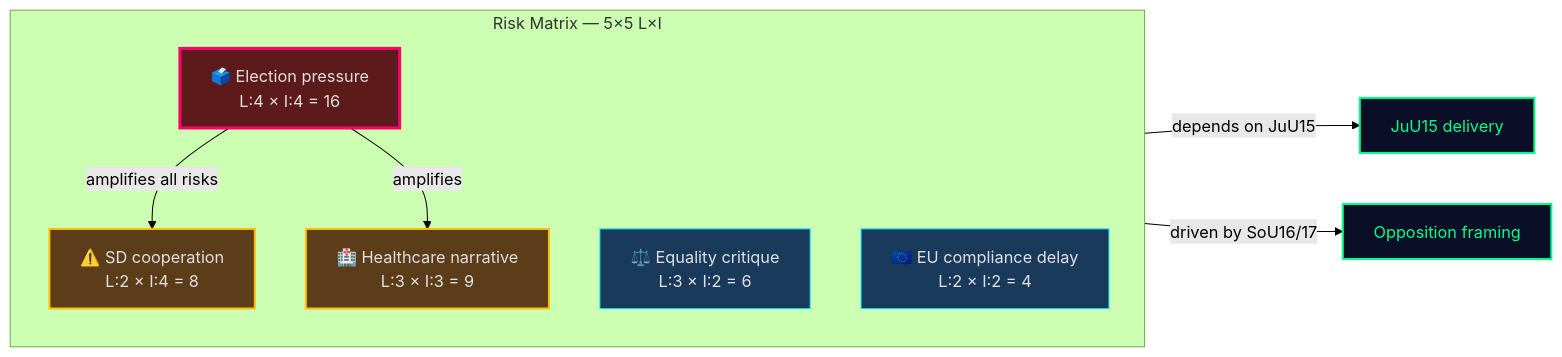
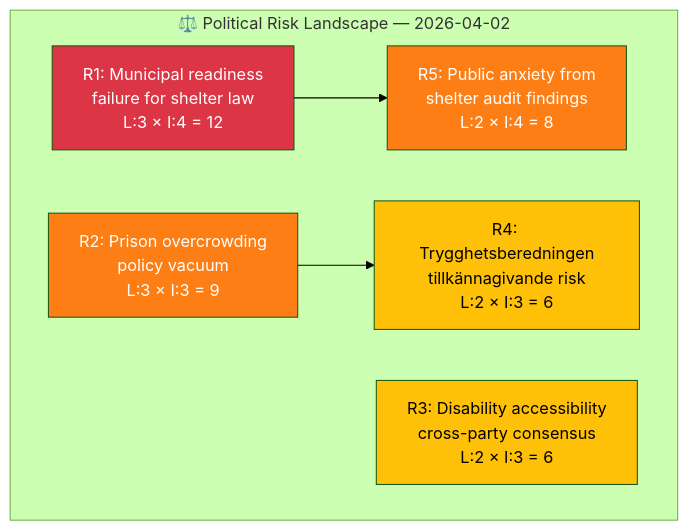
One commit to Hack23/riksdagsmonitor changed the first of 2 diagrams in analysis/daily/2026-04-02/committeeReports/risk-assessment.md. Above: the diagram before and after it, drawn with Mermaid (forest theme). The commit also changed other lines of this file and 14 other files, not shown here.

````diff
--- a/analysis/daily/2026-04-02/committeeReports/risk-assessment.md
+++ b/analysis/daily/2026-04-02/committeeReports/risk-assessment.md
@@ -12,21 +21,19 @@
 ```mermaid
-graph LR
-    subgraph "Risk Matrix — 5×5 L×I"
-        direction TB
-        R1["⚠️ SD cooperation<br/>L:2 × I:4 = 8"]:::moderate
-        R2["🏥 Healthcare narrative<br/>L:3 × I:3 = 9"]:::moderate
-        R3["⚖️ Equality critique<br/>L:3 × I:2 = 6"]:::low
-        R4["🗳️ Election pressure<br/>L:4 × I:4 = 16"]:::high
-        R5["🇪🇺 EU compliance delay<br/>L:2 × I:2 = 4"]:::low
+graph TD
+    subgraph "⚖️ Political Risk Landscape — 2026-04-02"
+        R1["R1: Municipal readiness<br/>failure for shelter law<br/>L:3 × I:4 = 12"]
+        R2["R2: Prison overcrowding<br/>policy vacuum<br/>L:3 × I:3 = 9"]
+        R3["R3: Disability accessibility<br/>cross-party consensus<br/>L:2 × I:3 = 6"]
+        R4["R4: Trygghetsberedningen<br/>tillkännagivande risk<br/>L:2 × I:3 = 6"]
+        R5["R5: Public anxiety from<br/>shelter audit findings<br/>L:2 × I:4 = 8"]
     end
 
-    R1 -->|"depends on JuU15"| D1["JuU15 delivery"]:::action
-    R2 -->|"driven by SoU16/17"| D2["Opposition framing"]:::action
-    R4 -->|"amplifies all risks"| R1
-    R4 -->|"amplifies"| R2
+    R1 --> R5
+    R2 --> R4
 
-    classDef high fill:#5c1a1a,stroke:#ff006e,color:#e0e0e0,stroke-width:3px
-    classDef moderate fill:#5c3d1a,stroke:#ffbe0b,color:#e0e0e0,stroke-width:2px
-    classDef low fill:#1a3a5c,stroke:#00d9ff,color:#e0e0e0
-    classDef action fill:#0a0e27,stroke:#00ff88,color:#00ff88,stroke-width:2px
+    style R1 fill:#dc3545,color:#fff
+    style R2 fill:#fd7e14,color:#fff
+    style R3 fill:#ffc107,color:#000
+    style R4 fill:#ffc107,color:#000
+    style R5 fill:#fd7e14,color:#fff
 ```
````
